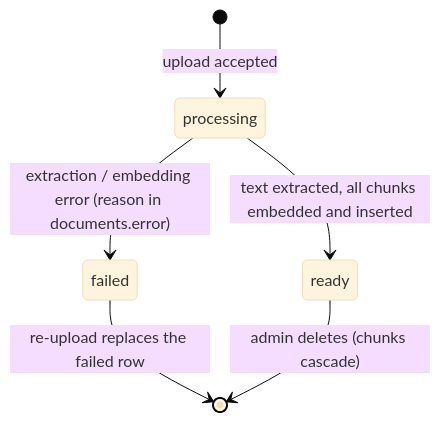
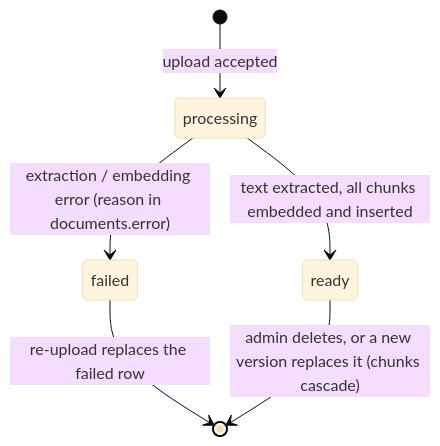
Before and after one commit to mohamedhamedd/ai-customer-assistant: the second of 3 diagrams in docs/database-design.md, drawn with Mermaid (base theme). The commit also changed other lines of this file, not shown here.

````diff
--- a/docs/database-design.md
+++ b/docs/database-design.md
@@ -324,8 +340,8 @@
 ```mermaid
 stateDiagram-v2
     [*] --> processing: upload accepted
     processing --> ready: text extracted, all chunks embedded and inserted
     processing --> failed: extraction / embedding error (reason in documents.error)
     failed --> [*]: re-upload replaces the failed row
-    ready --> [*]: admin deletes (chunks cascade)
+    ready --> [*]: admin deletes, or a new version replaces it (chunks cascade)
 ```
````
